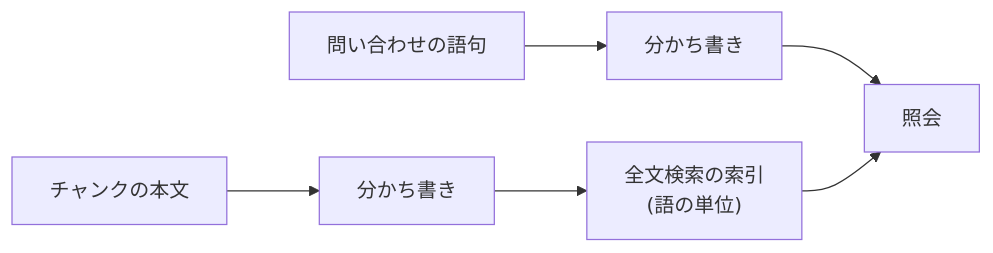
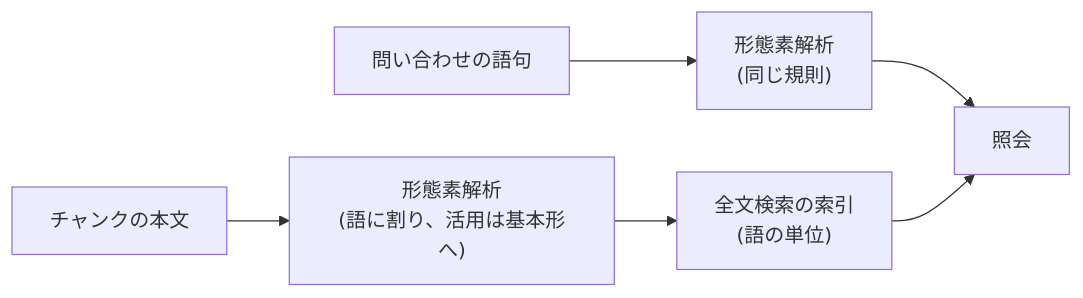
One commit to MatchaChoco010/carrel changed the diagram in docs/design/0019_word_index.md. Above: the diagram before and after it, drawn with Mermaid. The commit also changed other lines of this file, not shown here.

````diff
--- a/docs/design/0019_word_index.md
+++ b/docs/design/0019_word_index.md
@@ -53,8 +52,8 @@
 ```mermaid
 flowchart LR
-  A["チャンクの本文"] --> B["分かち書き"]
+  A["チャンクの本文"] --> B["形態素解析<br/>(語に割り、活用は基本形へ)"]
   B --> C["全文検索の索引<br/>(語の単位)"]
-  D["問い合わせの語句"] --> E["分かち書き"]
+  D["問い合わせの語句"] --> E["形態素解析<br/>(同じ規則)"]
   E --> F["照会"]
   C --> F
 ```
````
